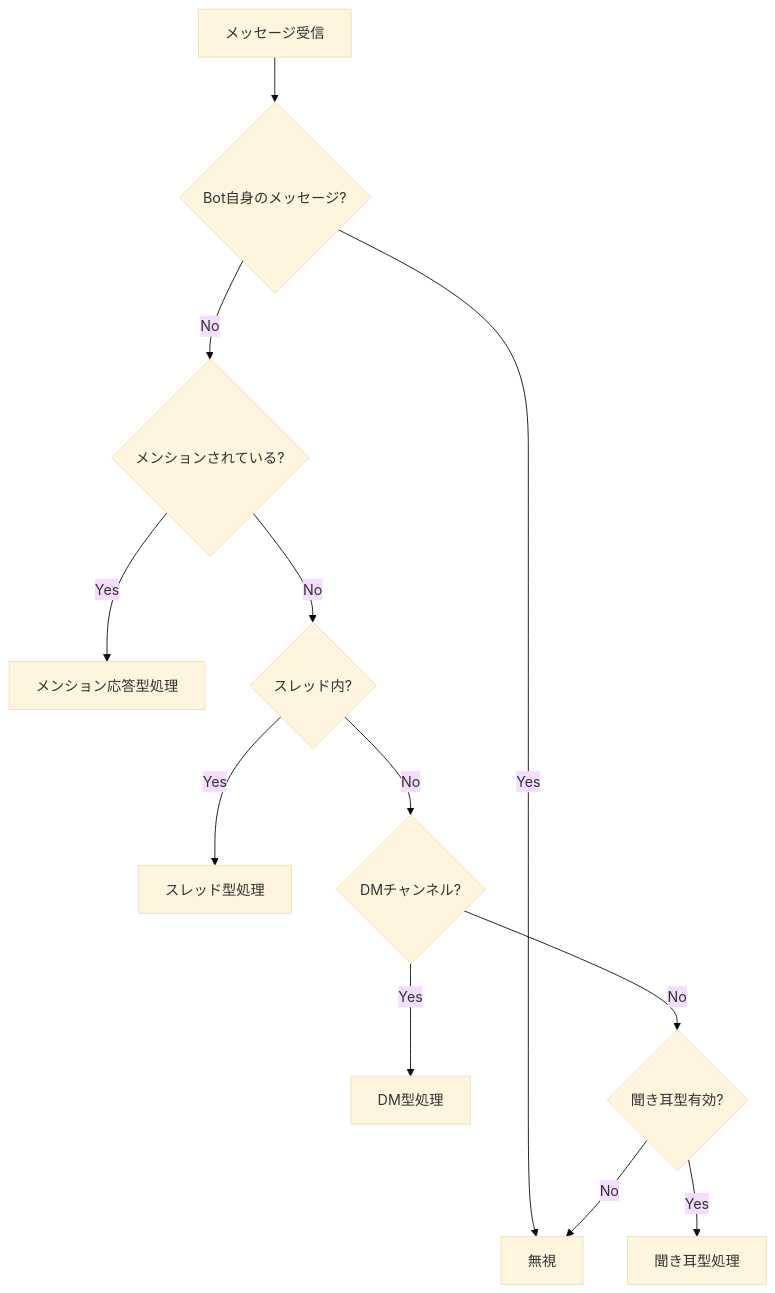
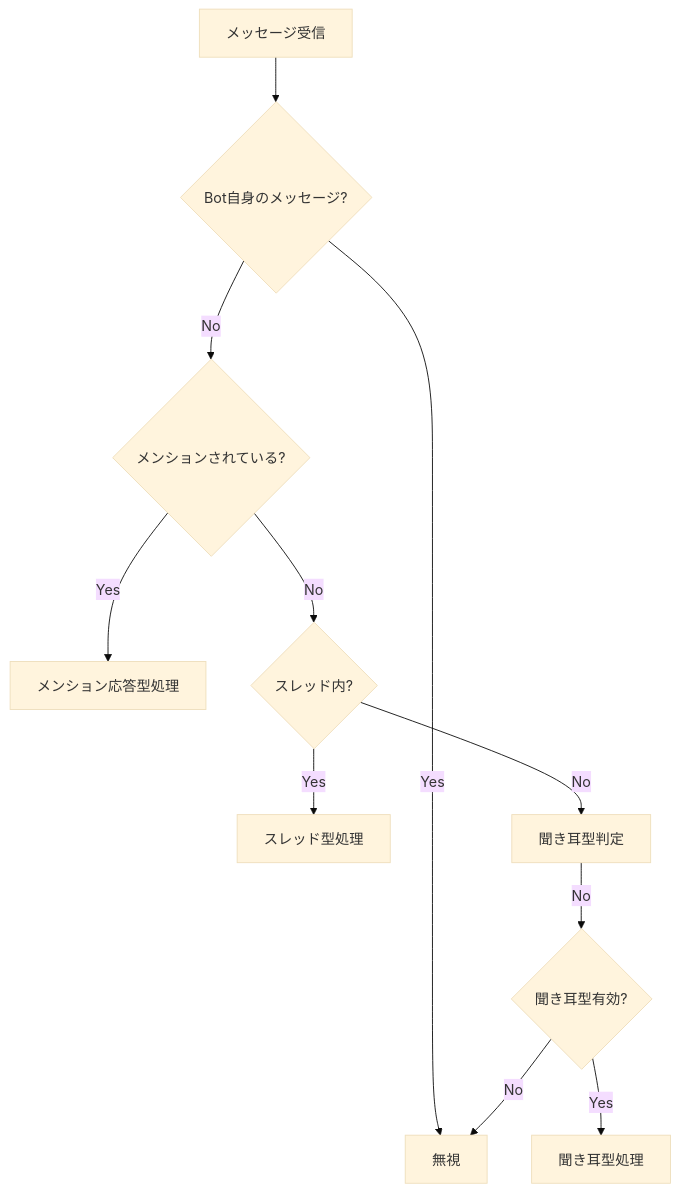
The first of 3 diagrams in docs/specifications/event-specification.md (fluxrozin/kotonoha-bot), drawn with Mermaid (base theme) before and after one commit. The commit also changed other lines of this file and 55 other files, not shown here.

````diff
--- a/docs/specifications/event-specification.md
+++ b/docs/specifications/event-specification.md
@@ -40,14 +40,13 @@
 ```mermaid
 flowchart TD
     A[メッセージ受信] --> B{Bot自身のメッセージ?}
     B -->|Yes| Z[無視]
     B -->|No| C{メンションされている?}
     C -->|Yes| D[メンション応答型処理]
     C -->|No| E{スレッド内?}
     E -->|Yes| F[スレッド型処理]
-    E -->|No| G{DMチャンネル?}
-    G -->|Yes| H[DM型処理]
+    E -->|No| G[聞き耳型判定]
     G -->|No| I{聞き耳型有効?}
     I -->|Yes| J[聞き耳型処理]
     I -->|No| Z
 ```
````
